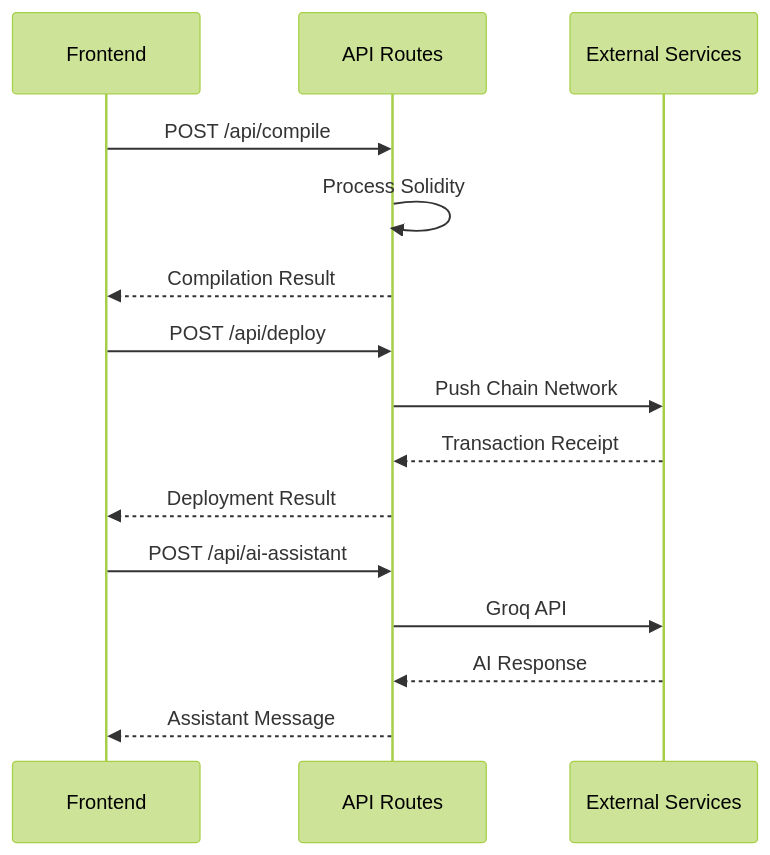
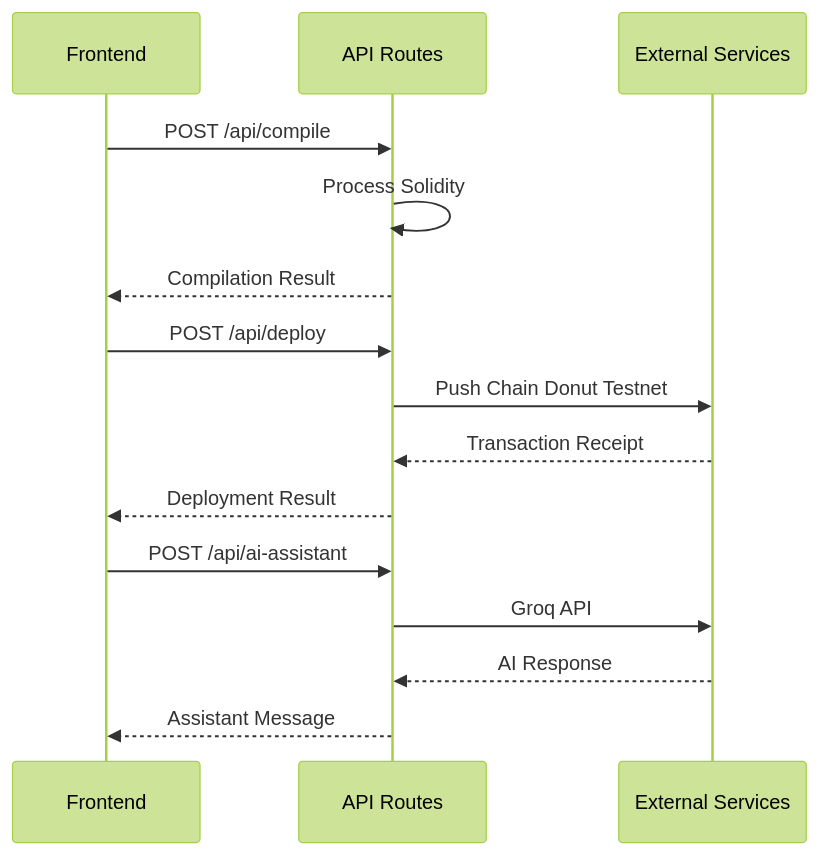
One commit to enliven17/push-playground changed the second of 2 diagrams in docs/api-endpoints.md. Above: the diagram before and after it, drawn with Mermaid (forest theme). The commit also changed other lines of this file and 3 other files, not shown here.

Commit message:
diagrams update

````diff
--- a/docs/api-endpoints.md
+++ b/docs/api-endpoints.md
@@ -48,20 +48,20 @@
 ```mermaid
 sequenceDiagram
     participant F as Frontend
     participant API as API Routes
     participant EXT as External Services
     
     F->>API: POST /api/compile
     API->>API: Process Solidity
     API-->>F: Compilation Result
     
     F->>API: POST /api/deploy
-    API->>EXT: Push Chain Network
+    API->>EXT: Push Chain Donut Testnet
     EXT-->>API: Transaction Receipt
     API-->>F: Deployment Result
     
     F->>API: POST /api/ai-assistant
     API->>EXT: Groq API
     EXT-->>API: AI Response
     API-->>F: Assistant Message
 ```
````
